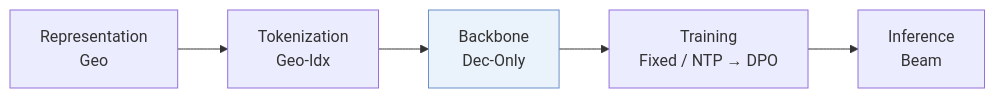
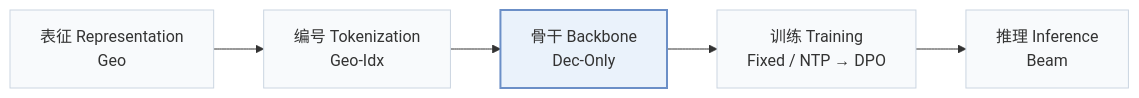
One commit to Galaxy-ghost/Awesome-SID-Generative-Rec changed the first of 2 diagrams in pages/zh/papers/spacetime-gr.md. Above: the diagram before and after it, drawn with Mermaid. The commit also changed other lines of this file and 649 other files, not shown here.

Commit message:
writer-05: also tags and modality index (schema, check, build, visuals); summary field removed; calibration data for 12 papers

````diff
--- a/pages/zh/papers/spacetime-gr.md
+++ b/pages/zh/papers/spacetime-gr.md
@@ -13,6 +15,8 @@
 ```mermaid
 flowchart LR
-    R["Representation<br/>Geo"] --> T["Tokenization<br/>Geo-Idx"] --> B["Backbone<br/>Dec-Only"] --> TR["Training<br/>Fixed / NTP → DPO"] --> I["Inference<br/>Beam"]
-    classDef main fill:#eaf2fb,stroke:#6b8fc7
+    R["表征 Representation<br/>Geo"] --> T["编号 Tokenization<br/>Geo-Idx"] --> B["骨干 Backbone<br/>Dec-Only"] --> TR["训练 Training<br/>Fixed / NTP → DPO"] --> I["推理 Inference<br/>Beam"]
+    classDef base fill:#f8fafc,stroke:#cbd5e1
+    class R,T,B,TR,I base
+    classDef main fill:#eaf2fb,stroke:#6b8fc7,stroke-width:2px
     class B main
 ```
````
